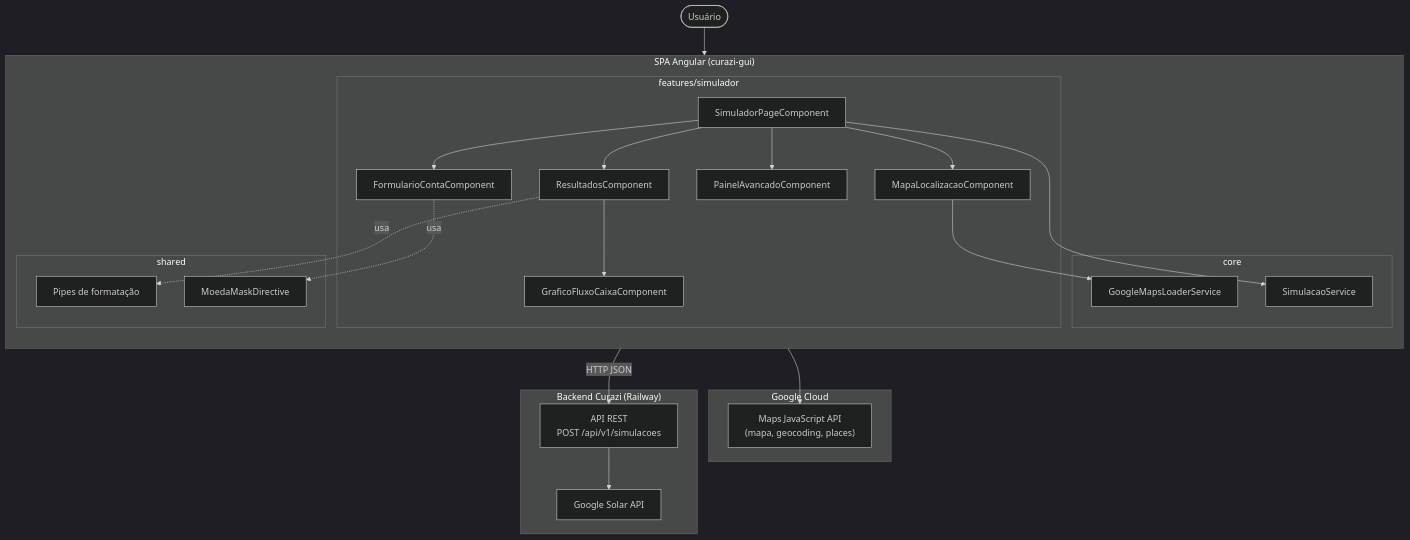
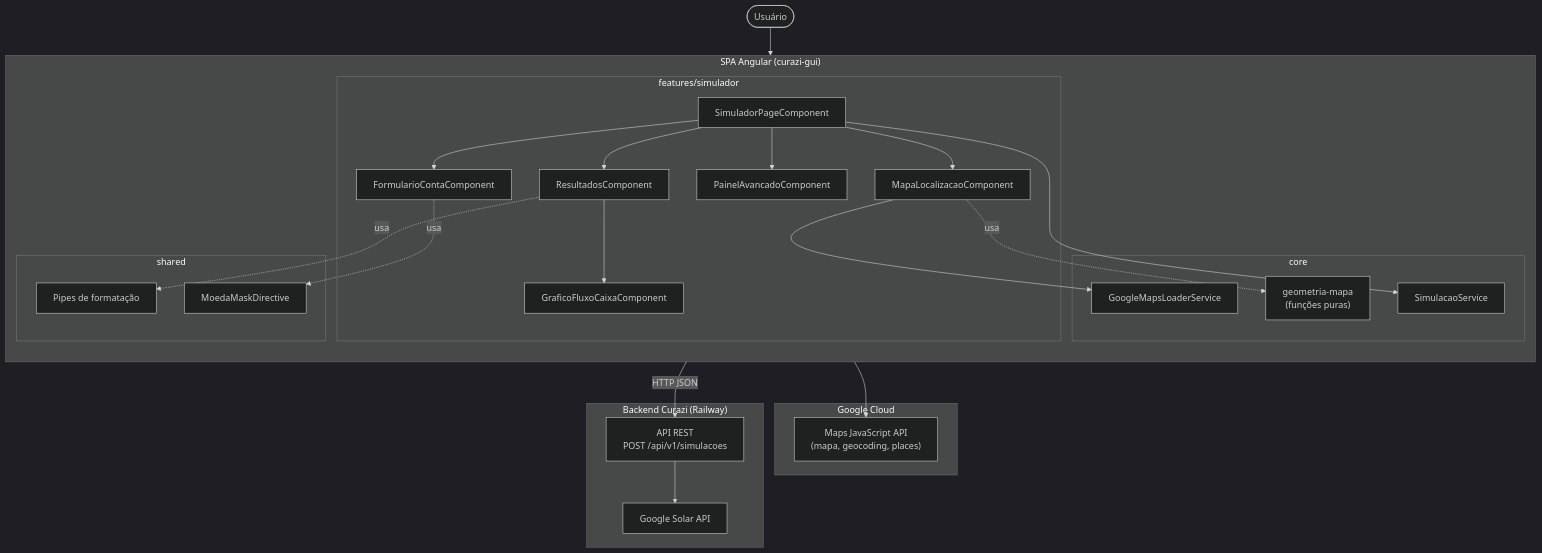
Before and after one commit to caruazu/curazi-gui: the first of 5 diagrams in ABOUT.md, drawn with Mermaid (dark theme). The commit also changed other lines of this file and 12 other files, not shown here.

````diff
--- a/ABOUT.md
+++ b/ABOUT.md
@@ -36,47 +36,49 @@
 ```mermaid
 flowchart TB
     usuario([Usuário])
 
     subgraph spa["SPA Angular (curazi-gui)"]
         direction TB
         subgraph features["features/simulador"]
             page[SimuladorPageComponent]
             mapa[MapaLocalizacaoComponent]
             form[FormularioContaComponent]
             painel[PainelAvancadoComponent]
             resultados[ResultadosComponent]
             grafico[GraficoFluxoCaixaComponent]
         end
         subgraph core["core"]
             simService[SimulacaoService]
             mapsLoader[GoogleMapsLoaderService]
+            geoFns["geometria-mapa<br/>(funções puras)"]
         end
         subgraph shared["shared"]
             pipes[Pipes de formatação]
             mask[MoedaMaskDirective]
         end
     end
 
     subgraph googleCloud["Google Cloud"]
         mapsApi["Maps JavaScript API<br/>(mapa, geocoding, places)"]
     end
 
     subgraph backend["Backend Curazi (Railway)"]
         api["API REST<br/>POST /api/v1/simulacoes"]
         solarApi["Google Solar API"]
     end
 
     usuario --> page
     page --> mapa
     page --> form
     page --> painel
     page --> resultados
     resultados --> grafico
     form -.usa.-> mask
     resultados -.usa.-> pipes
     mapa --> mapsLoader
+    mapa -.usa.-> geoFns
     mapsLoader --> mapsApi
     page --> simService
     simService -->|HTTP JSON| api
     api --> solarApi
 ```
````
